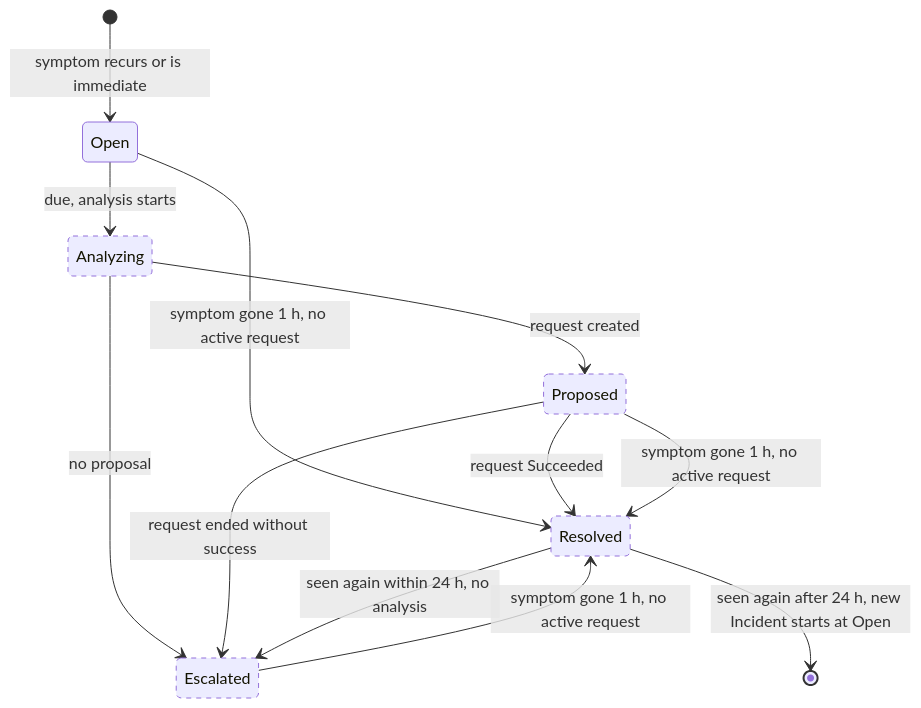
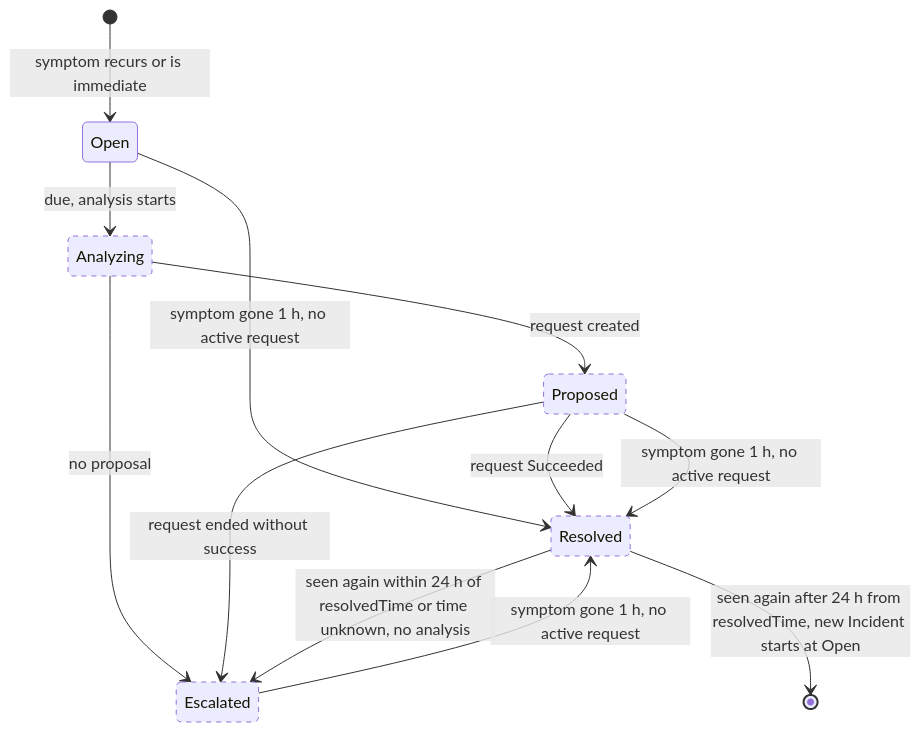
The first of 2 diagrams in docs/design/3-observation-and-deduplication.md (pkalin/shadewright), drawn with Mermaid before and after one commit. The commit also changed other lines of this file and 3 other files, not shown here.

First line of the commit message:
docs: name occurrences without labels, measure the 24 hour rule from resolvedTime

````diff
--- a/docs/design/3-observation-and-deduplication.md
+++ b/docs/design/3-observation-and-deduplication.md
@@ -337,16 +337,16 @@
 ```mermaid
 stateDiagram-v2
     classDef planned stroke-dasharray: 5 5
     [*] --> Open: symptom recurs or is immediate
     Open --> Analyzing: due, analysis starts
     Analyzing --> Proposed: request created
     Analyzing --> Escalated: no proposal
     Open --> Resolved: symptom gone 1 h, no active request
     Proposed --> Resolved: request Succeeded
     Proposed --> Escalated: request ended without success
     Proposed --> Resolved: symptom gone 1 h, no active request
     Escalated --> Resolved: symptom gone 1 h, no active request
-    Resolved --> Escalated: seen again within 24 h, no analysis
-    Resolved --> [*]: seen again after 24 h, new Incident starts at Open
+    Resolved --> Escalated: seen again within 24 h of resolvedTime or time unknown, no analysis
+    Resolved --> [*]: seen again after 24 h from resolvedTime, new Incident starts at Open
     class Analyzing,Proposed,Escalated,Resolved planned
 ```
````
